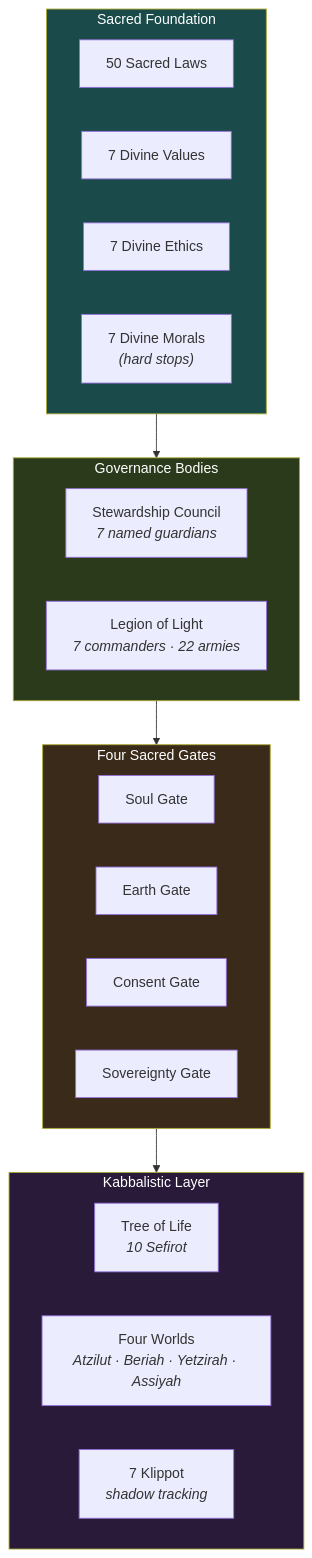
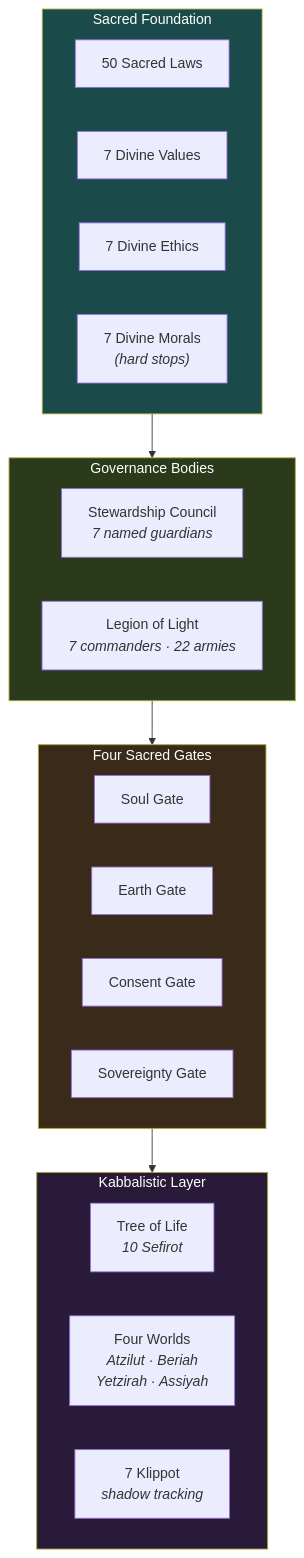
The fourth of 13 diagrams in docs/SYSTEM-ARCHITECTURE.md (Light-Brands/qie), drawn with Mermaid before and after one commit. The commit also changed other lines of this file and 4 other files, not shown here.

First line of the commit message:
Fix Mermaid diagram label truncation across all docs

````diff
--- a/docs/SYSTEM-ARCHITECTURE.md
+++ b/docs/SYSTEM-ARCHITECTURE.md
@@ -154,34 +154,34 @@
 ```mermaid
 flowchart TD
     subgraph Foundation["Sacred Foundation"]
         SL["50 Sacred Laws"]
         DV["7 Divine Values"]
         DE["7 Divine Ethics"]
         DM["7 Divine Morals<br/><i>(hard stops)</i>"]
     end
 
     subgraph Governance["Governance Bodies"]
         SC["Stewardship Council<br/><i>7 named guardians</i>"]
         LL["Legion of Light<br/><i>7 commanders · 22 armies</i>"]
     end
 
     subgraph Gates["Four Sacred Gates"]
         G1["Soul Gate"]
         G2["Earth Gate"]
         G3["Consent Gate"]
         G4["Sovereignty Gate"]
     end
 
     subgraph Kabbalah["Kabbalistic Layer"]
         TOL["Tree of Life<br/><i>10 Sefirot</i>"]
-        FW["Four Worlds<br/><i>Atzilut · Beriah · Yetzirah · Assiyah</i>"]
+        FW["Four Worlds<br/><i>Atzilut · Beriah<br/>Yetzirah · Assiyah</i>"]
         KL["7 Klippot<br/><i>shadow tracking</i>"]
     end
 
     Foundation --> Governance --> Gates --> Kabbalah
 
     style Foundation fill:#1a4a4a,color:#fff
     style Governance fill:#2a3a1a,color:#fff
     style Gates fill:#3a2a1a,color:#fff
     style Kabbalah fill:#2a1a3a,color:#fff
 ```
````
